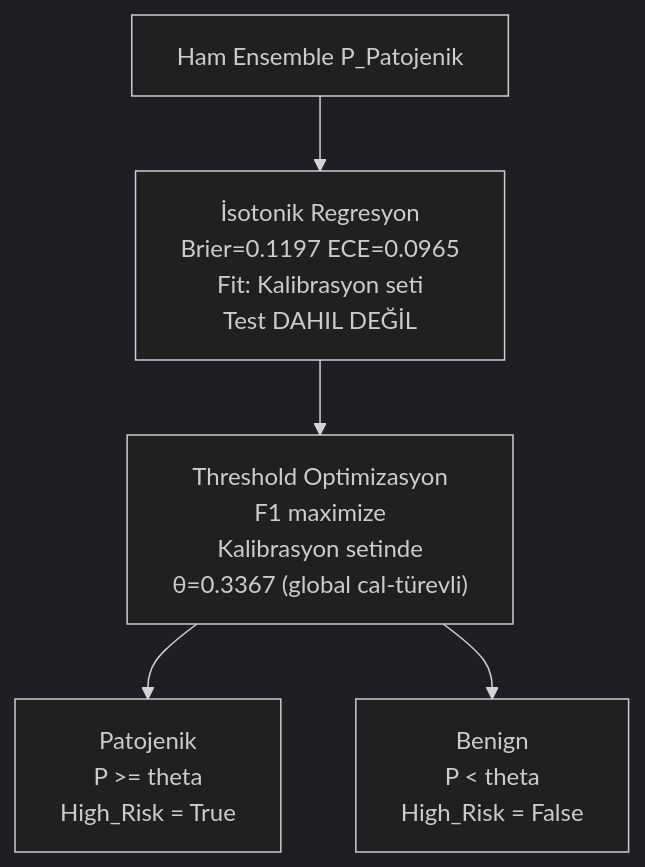
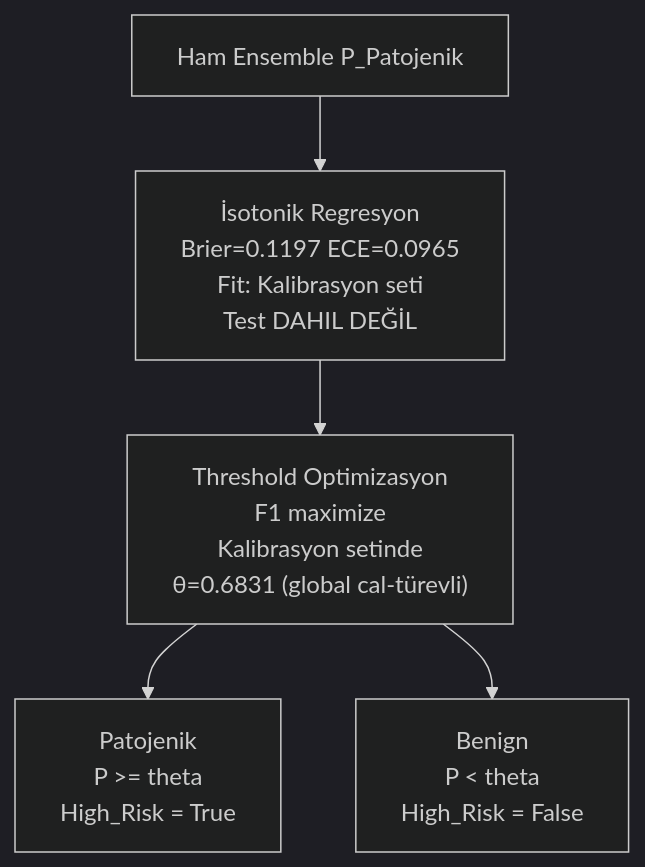
Before and after one commit to msgxr/VARIANT-GNN: diagram 14 of 16 in README.md, drawn with Mermaid (dark theme). The commit also changed other lines of this file and 16 other files, not shown here.

````diff
--- a/README.md
+++ b/README.md
@@ -711,12 +713,12 @@
 ```mermaid
 flowchart TD
     R["Ham Ensemble P_Patojenik"]
     ISO["İsotonik Regresyon\nBrier=0.1197  ECE=0.0965\nFit: Kalibrasyon seti\nTest DAHIL DEĞİL"]
-    TH["Threshold Optimizasyon\nF1 maximize\nKalibrasyon setinde\nθ=0.3367 (global cal-türevli)"]
+    TH["Threshold Optimizasyon\nF1 maximize\nKalibrasyon setinde\nθ=0.6831 (global cal-türevli)"]
     PAT["Patojenik\nP >= theta\nHigh_Risk = True"]
     BEN["Benign\nP < theta\nHigh_Risk = False"]
 
     R --> ISO --> TH
     TH --> PAT
     TH --> BEN
 ```
````
